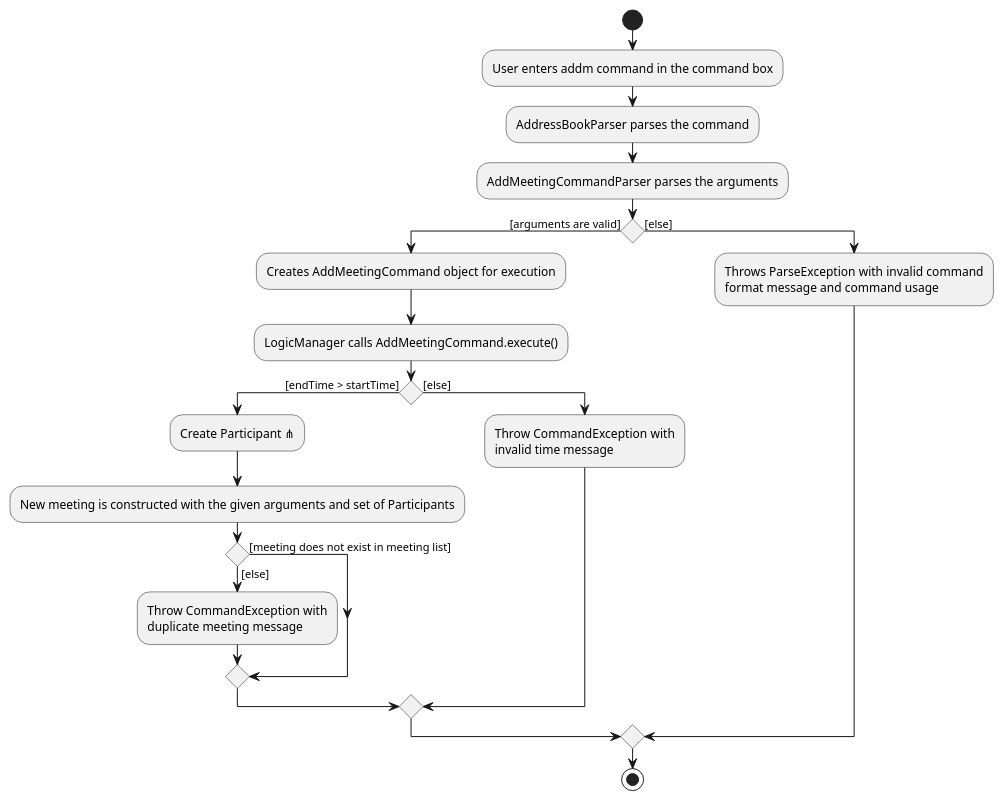
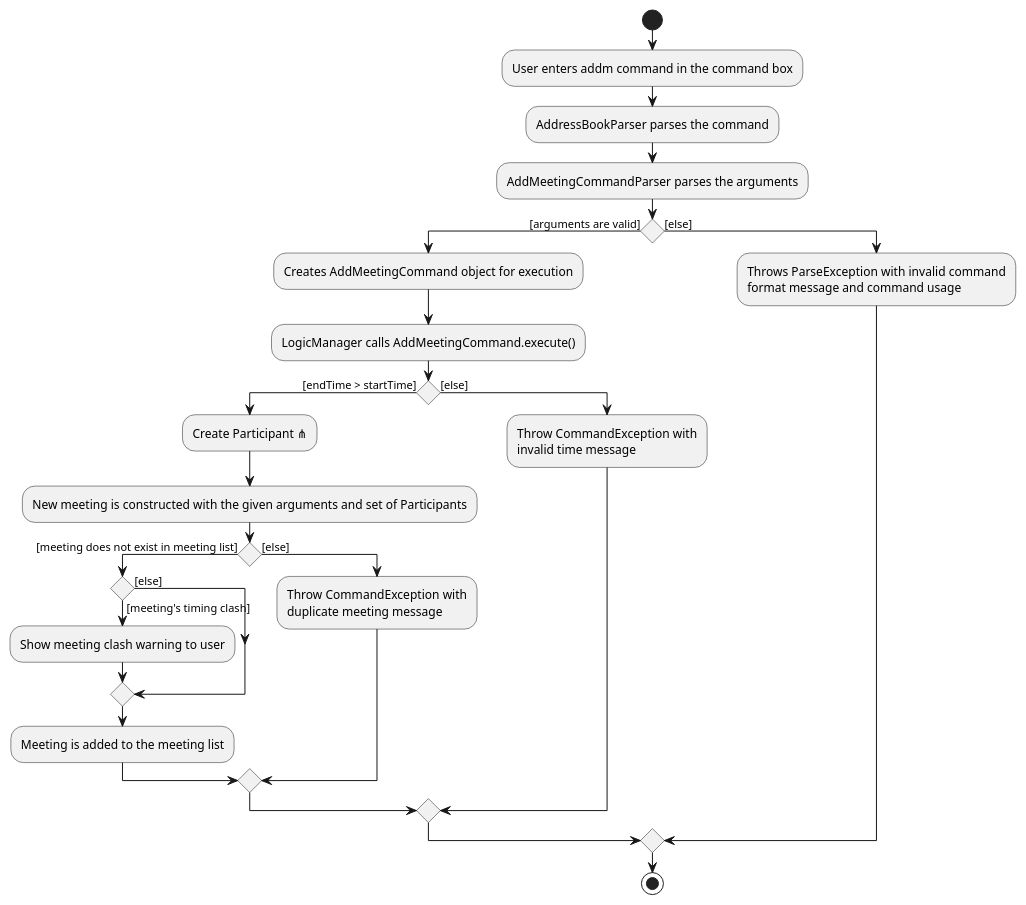
One commit to tomascherian/tp changed the diagram in docs/diagrams/AddMeetingActivityDiagram.puml. Above: the diagram before and after it, drawn with PlantUML. The commit also changed 4 other files, not shown here.

```diff
--- a/docs/diagrams/AddMeetingActivityDiagram.puml
+++ b/docs/diagrams/AddMeetingActivityDiagram.puml
@@ -1,27 +1,32 @@
 @startuml
 'https://plantuml.com/activity-diagram-beta
 
 start
 :User enters addm command in the command box;
 :AddressBookParser parses the command;
 :AddMeetingCommandParser parses the arguments;
 if () then ([arguments are valid])
-:Creates AddMeetingCommand object for execution;
-:LogicManager calls AddMeetingCommand.execute();
-if () then ([endTime > startTime])
-:Create Participant ⋔;
-:New meeting is constructed with the given arguments and set of Participants;
-if () then ([meeting does not exist in meeting list])
-else ([else])
-:Throw CommandException with\nduplicate meeting message;
-endif
-else ([else])
-:Throw CommandException with\ninvalid time message;
-endif
+    :Creates AddMeetingCommand object for execution;
+    :LogicManager calls AddMeetingCommand.execute();
+    if () then ([endTime > startTime])
+        :Create Participant ⋔;
+        :New meeting is constructed with the given arguments and set of Participants;
+        if () then ([meeting does not exist in meeting list])
+                if() then ([else])
+                else ([meeting's timing clash])
+                :Show meeting clash warning to user;
+                endif
+                :Meeting is added to the meeting list;
+        else ([else])
+        :Throw CommandException with\nduplicate meeting message;
+        endif
+    else ([else])
+    :Throw CommandException with\ninvalid time message;
+    endif
 else ([else])
 :Throws ParseException with invalid command\nformat message and command usage;
 endif
 
 stop
 
 @enduml
```
